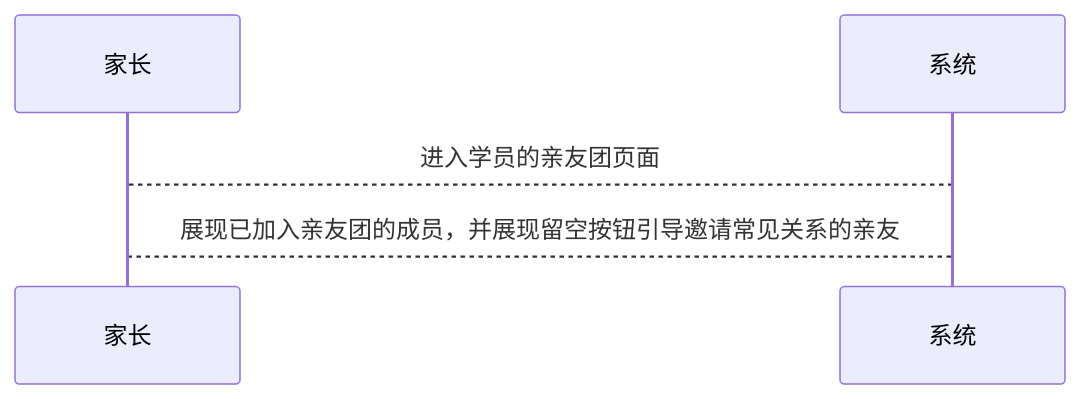
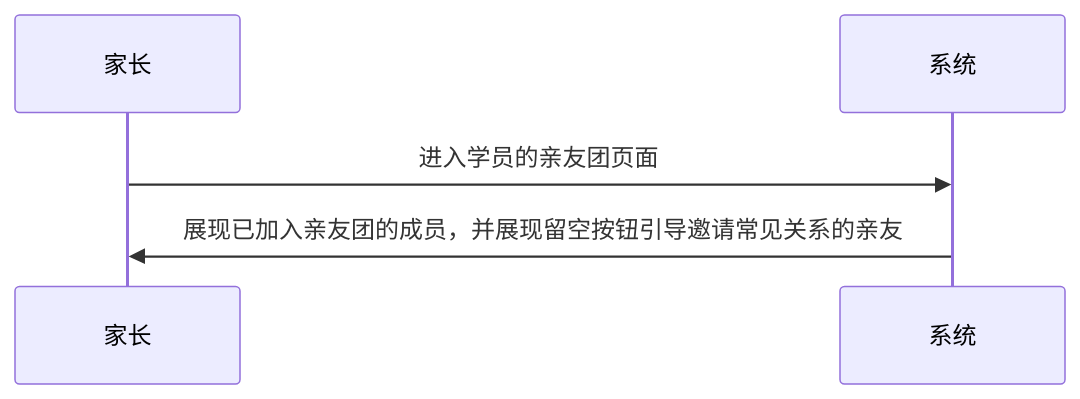
The first of 2 diagrams in 用例/家长-学员关系绑定.md (world-wide-web/sign), drawn with Mermaid before and after one commit. The commit also changed other lines of this file, not shown here.

````diff
--- a/用例/家长-学员关系绑定.md
+++ b/用例/家长-学员关系绑定.md
@@ -10,10 +10,10 @@
 ```mermaid
 sequenceDiagram
 
-家长-->系统: 进入学员的亲友团页面
+家长->>系统: 进入学员的亲友团页面
 
-系统-->家长: 展现已加入亲友团的成员，并展现留空按钮引导邀请常见关系的亲友
+系统->>家长: 展现已加入亲友团的成员，并展现留空按钮引导邀请常见关系的亲友
 
 
 
 ```
````
